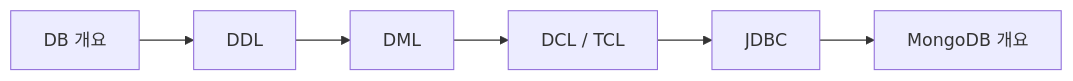
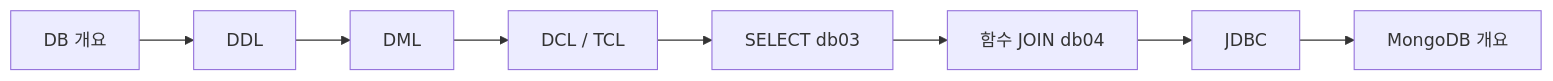
One commit to metaapple/kb7-db changed the first of 10 diagrams in README.md. Above: the diagram before and after it, drawn with Mermaid. The commit also changed 1 other file, not shown here.

````diff
--- a/README.md
+++ b/README.md
@@ -9,8 +9,10 @@
 ```mermaid
 flowchart LR
     A[DB 개요] --> B[DDL]
     B --> C[DML]
     C --> D["DCL / TCL"]
-    D --> E[JDBC]
-    E --> F[MongoDB 개요]
+    D --> E["SELECT db03"]
+    E --> F["함수 JOIN db04"]
+    F --> G[JDBC]
+    G --> H[MongoDB 개요]
 ```
````
